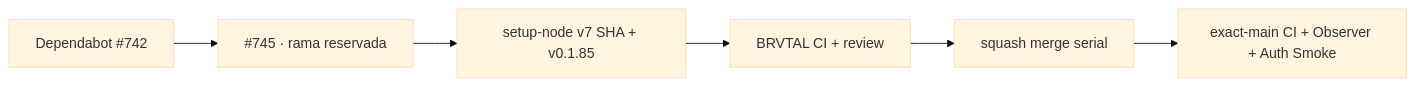
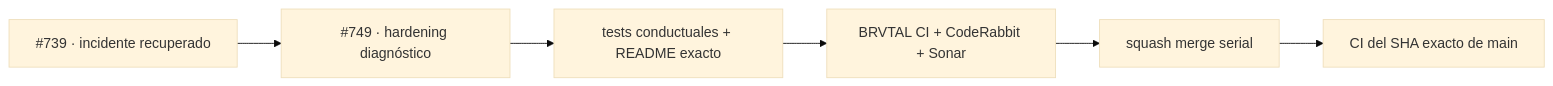
The diagram in README.md (pl0n3r/brvtal), drawn with Mermaid (base theme) before and after one commit. The commit also changed other lines of this file and 2 other files, not shown here.

First line of the commit message:
test(prod): endurecer diagnóstico sanitizado de 5xx (#750)

````diff
--- a/README.md
+++ b/README.md
@@ -48,8 +47,8 @@
 ```mermaid
 flowchart LR
-  A["Dependabot #742"] --> B["#745 · rama reservada"]
-  B --> C["setup-node v7 SHA + v0.1.85"]
-  C --> D["BRVTAL CI + review"]
+  A["#739 · incidente recuperado"] --> B["#749 · hardening diagnóstico"]
+  B --> C["tests conductuales + README exacto"]
+  C --> D["BRVTAL CI + CodeRabbit + Sonar"]
   D --> E["squash merge serial"]
-  E --> F["exact-main CI + Observer + Auth Smoke"]
+  E --> F["CI del SHA exacto de main"]
 ```
````
